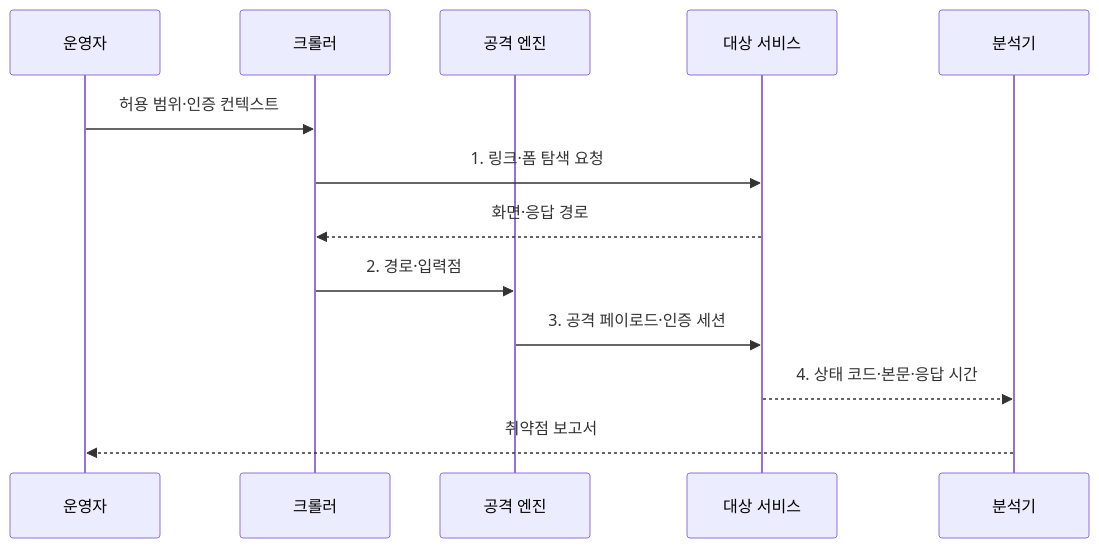
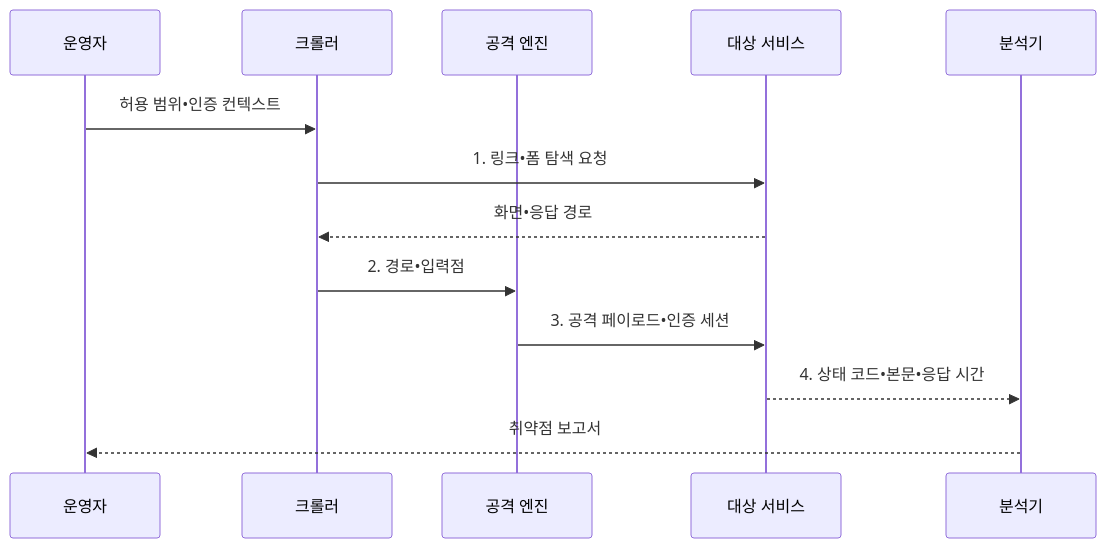
Before and after one commit to agnusdei1207/knowledge-base: the second of 2 diagrams in src/content/docs/notes/03-software/068_dynamic_application_security_testing.md, drawn with Mermaid. The commit also changed other lines of this file and 953 other files, not shown here.

````diff
--- a/src/content/docs/notes/03-software/068_dynamic_application_security_testing.md
+++ b/src/content/docs/notes/03-software/068_dynamic_application_security_testing.md
@@ -105,15 +105,15 @@
 ```mermaid
 sequenceDiagram
     participant O as 운영자
     participant C as 크롤러
     participant A as 공격 엔진
     participant T as 대상 서비스
     participant R as 분석기
-    O->>C: 허용 범위·인증 컨텍스트
-    C->>T: 1. 링크·폼 탐색 요청
-    T-->>C: 화면·응답 경로
-    C->>A: 2. 경로·입력점
-    A->>T: 3. 공격 페이로드·인증 세션
-    T-->>R: 4. 상태 코드·본문·응답 시간
+    O->>C: 허용 범위•인증 컨텍스트
+    C->>T: 1. 링크•폼 탐색 요청
+    T-->>C: 화면•응답 경로
+    C->>A: 2. 경로•입력점
+    A->>T: 3. 공격 페이로드•인증 세션
+    T-->>R: 4. 상태 코드•본문•응답 시간
     R-->>O: 취약점 보고서
 ```
````
